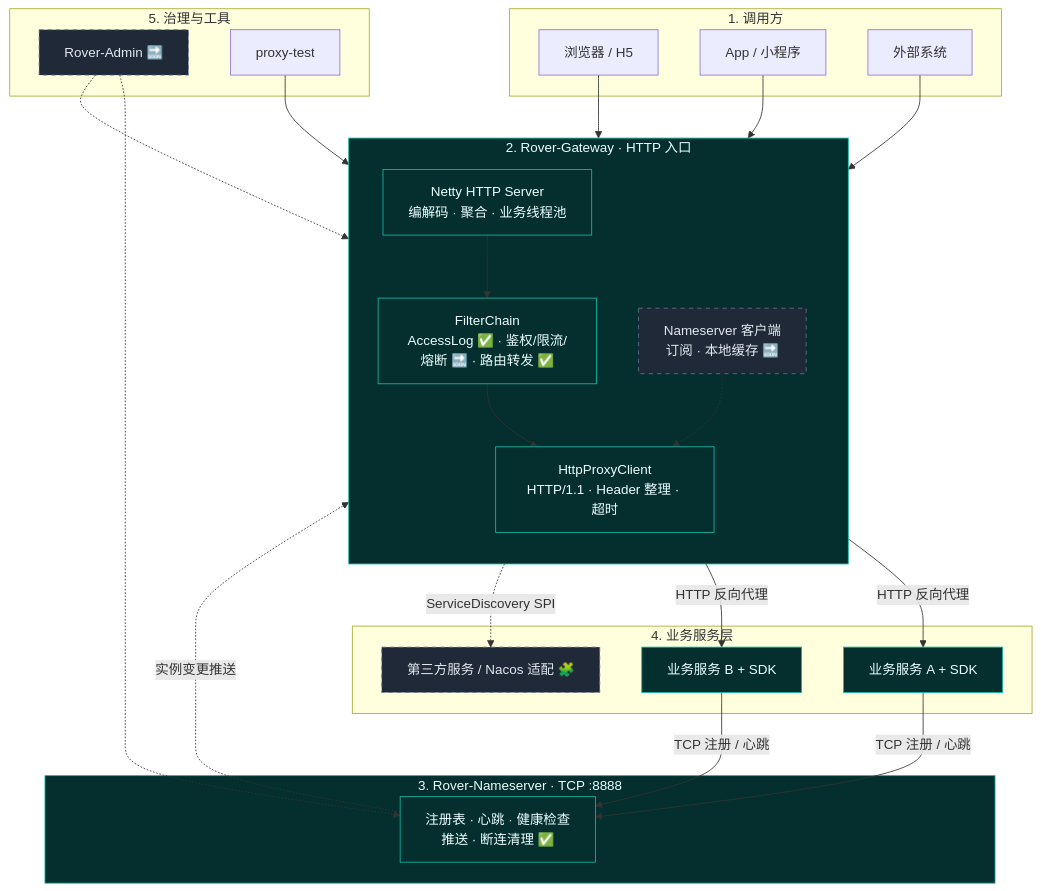
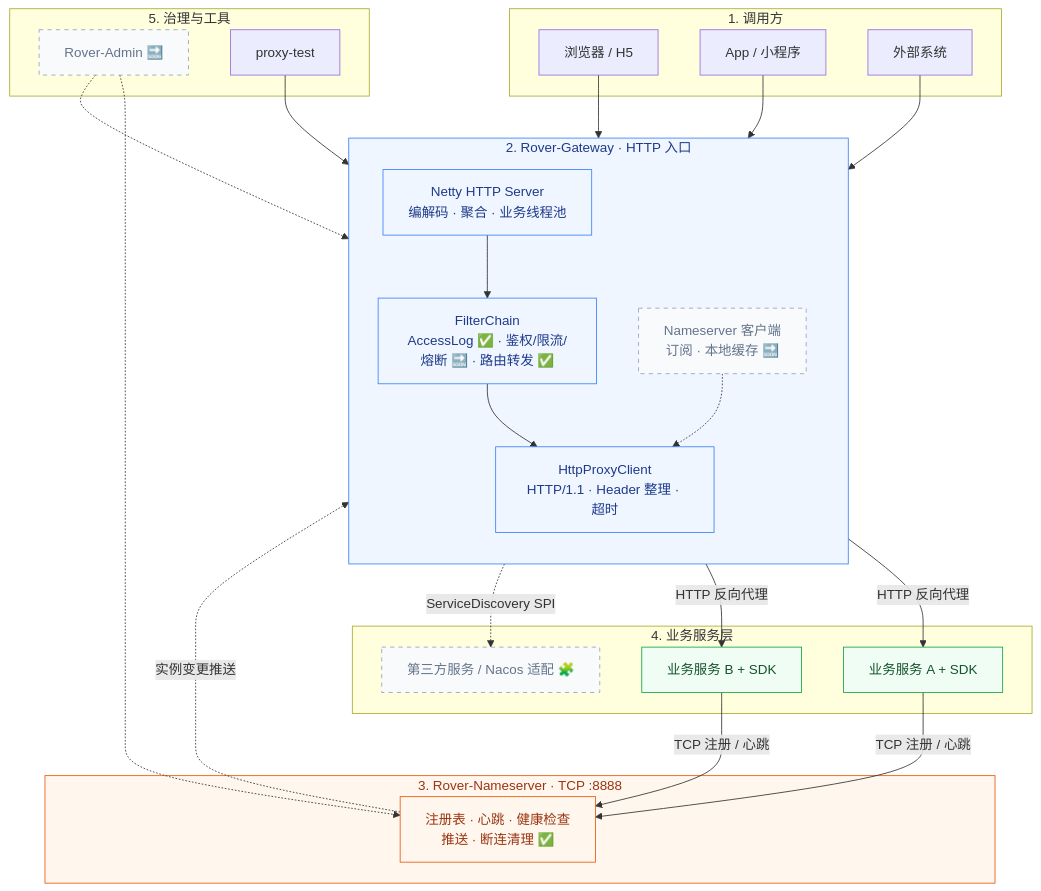
One commit to zzl-qz/Rover-Suite changed the first of 3 diagrams in README.zh-CN.md. Above: the diagram before and after it, drawn with Mermaid. The commit also changed 1 other file, not shown here.

Commit message:
调整了一些注释而已，并未改动具体代码

````diff
--- a/README.zh-CN.md
+++ b/README.zh-CN.md
@@ -21,54 +21,58 @@
 ```mermaid
 flowchart TB
     subgraph CLIENTS["1. 调用方"]
         WEB[浏览器 / H5]
         APP[App / 小程序]
         ORG[外部系统]
     end
 
     subgraph GATEWAY["2. Rover-Gateway · HTTP 入口"]
         direction TB
         SRV["Netty HTTP Server<br/>编解码 · 聚合 · 业务线程池"]
         FW["FilterChain<br/>AccessLog ✅ · 鉴权/限流/熔断 🔜 · 路由转发 ✅"]
         PRX["HttpProxyClient<br/>HTTP/1.1 · Header 整理 · 超时"]
         SUB["Nameserver 客户端<br/>订阅 · 本地缓存 🔜"]
         SRV --> FW --> PRX
         SUB -.-> PRX
     end
 
     subgraph NS["3. Rover-Nameserver · TCP :8888"]
         REG["注册表 · 心跳 · 健康检查<br/>推送 · 断连清理 ✅"]
     end
 
     subgraph SVCS["4. 业务服务层"]
         S1["业务服务 A + SDK"]
         S2["业务服务 B + SDK"]
         S3["第三方服务 / Nacos 适配 🧩"]
     end
 
     subgraph OPS["5. 治理与工具"]
         ADM["Rover-Admin 🔜"]
         TK["proxy-test"]
     end
 
     WEB --> GATEWAY
     APP --> GATEWAY
     ORG --> GATEWAY
 
     PRX -->|HTTP 反向代理| S1
     PRX -->|HTTP 反向代理| S2
     GATEWAY -.->|ServiceDiscovery SPI| S3
 
     S1 -->|TCP 注册 / 心跳| REG
     S2 -->|TCP 注册 / 心跳| REG
     REG -.->|实例变更推送| SUB
 
     ADM -.-> GATEWAY
     ADM -.-> REG
     TK --> GATEWAY
 
-    classDef done fill:#042f2e,stroke:#14b8a6,color:#ecfeff;
-    classDef plan fill:#1f2937,stroke:#64748b,color:#e2e8f0,stroke-dasharray: 5 5;
-    class GATEWAY,NS,REG,SRV,FW,PRX,S1,S2 done;
+    classDef core fill:#eff6ff,stroke:#3b82f6,color:#1e3a8a;
+    classDef registry fill:#fff7ed,stroke:#ea580c,color:#9a3412;
+    classDef service fill:#f0fdf4,stroke:#16a34a,color:#14532d;
+    classDef plan fill:#f8fafc,stroke:#94a3b8,color:#64748b,stroke-dasharray: 5 5;
+    class GATEWAY,SRV,FW,PRX core;
+    class NS,REG registry;
+    class S1,S2 service;
     class SUB,S3,ADM plan;
 ```
````
